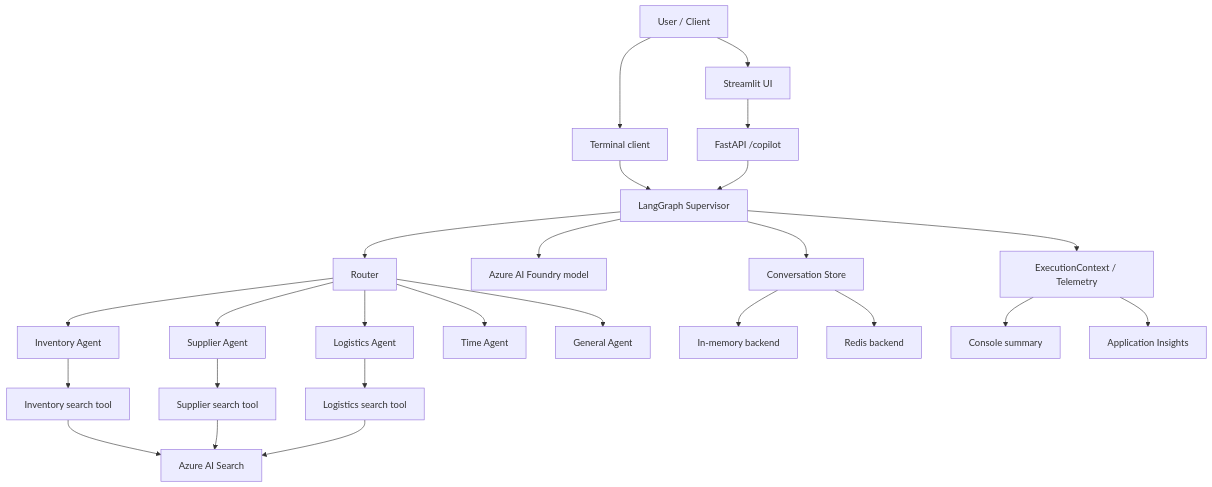
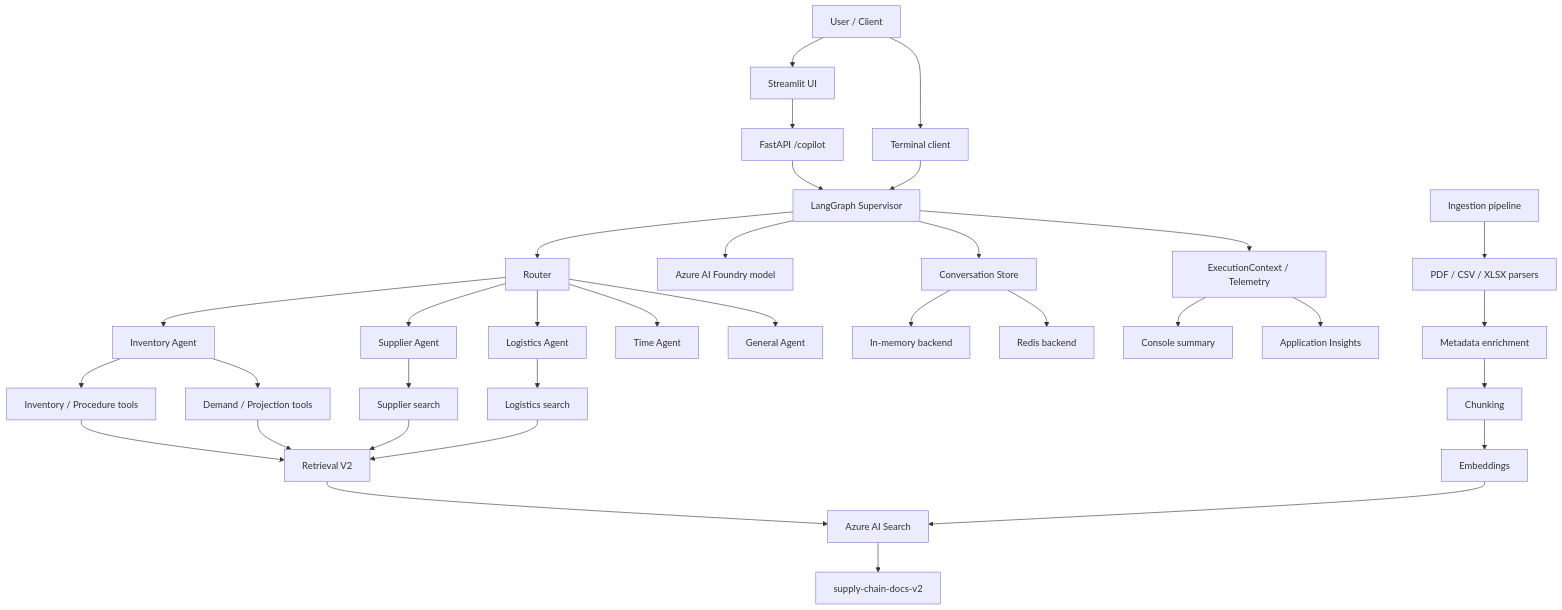
One commit to cassiofrd/azure-ai-foundry-langgraph-agents changed the diagram in README.md. Above: the diagram before and after it, drawn with Mermaid. The commit also changed other lines of this file and 45 other files, not shown here.

Commit message:
feat: add Retrieval V2 ingestion and evaluation improvements

````diff
--- a/README.md
+++ b/README.md
@@ -27,31 +33,43 @@
 ```mermaid
 flowchart TD
     U[User / Client] --> UI[Streamlit UI]
     U --> CLI[Terminal client]
     UI --> API[FastAPI /copilot]
-    CLI --> G[LangGraph Supervisor]
-    API --> G
+    API --> G[LangGraph Supervisor]
+    CLI --> G
 
     G --> R[Router]
     R --> I[Inventory Agent]
     R --> S[Supplier Agent]
     R --> L[Logistics Agent]
     R --> T[Time Agent]
     R --> X[General Agent]
 
-    I --> IS[Inventory search tool]
-    S --> SS[Supplier search tool]
-    L --> LS[Logistics search tool]
-    IS --> AIS[Azure AI Search]
-    SS --> AIS
-    LS --> AIS
+    I --> INV[Inventory / Procedure tools]
+    I --> DEM[Demand / Projection tools]
+    S --> SUP[Supplier search]
+    L --> LOG[Logistics search]
+
+    INV --> RV2[Retrieval V2]
+    DEM --> RV2
+    SUP --> RV2
+    LOG --> RV2
+
+    RV2 --> AIS[Azure AI Search]
+    AIS --> IDX[supply-chain-docs-v2]
+
+    ING[Ingestion pipeline] --> PARSE[PDF / CSV / XLSX parsers]
+    PARSE --> META[Metadata enrichment]
+    META --> CHUNK[Chunking]
+    CHUNK --> EMB[Embeddings]
+    EMB --> AIS
 
     G --> F[Azure AI Foundry model]
     G --> M[Conversation Store]
     M --> MEM[In-memory backend]
     M --> REDIS[Redis backend]
 
     G --> TEL[ExecutionContext / Telemetry]
     TEL --> CONSOLE[Console summary]
     TEL --> APPINS[Application Insights]
 ```
````
